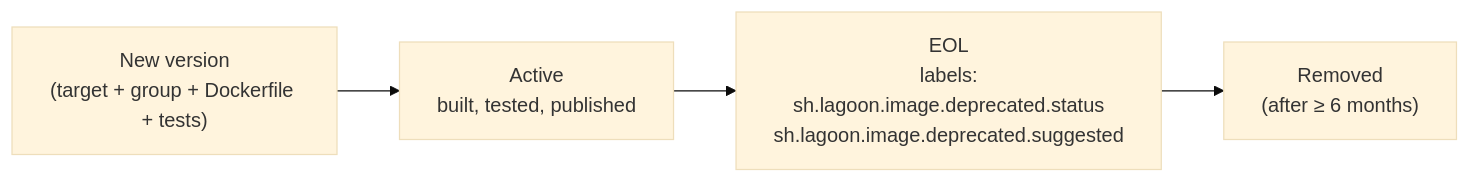
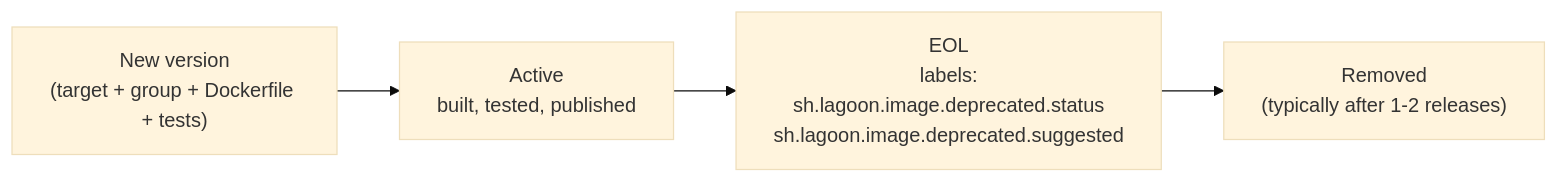
One commit to uselagoon/lagoon-images changed the fifth of 5 diagrams in architecture.md. Above: the diagram before and after it, drawn with Mermaid (base theme). The commit also changed other lines of this file and 1 other file, not shown here.

Commit message:
chore: correct EOL timings

````diff
--- a/architecture.md
+++ b/architecture.md
@@ -473,9 +473,9 @@
 ```mermaid
 flowchart LR
     new["New version<br/>(target + group + Dockerfile + tests)"]
     active["Active<br/>built, tested, published"]
     eol["EOL<br/>labels:<br/>sh.lagoon.image.deprecated.status<br/>sh.lagoon.image.deprecated.suggested"]
-  removed["Removed<br/>(after ≥ 6 months)"]
+  removed["Removed<br/>(typically after 1-2 releases)"]
 
     new --> active --> eol --> removed
 ```
````
